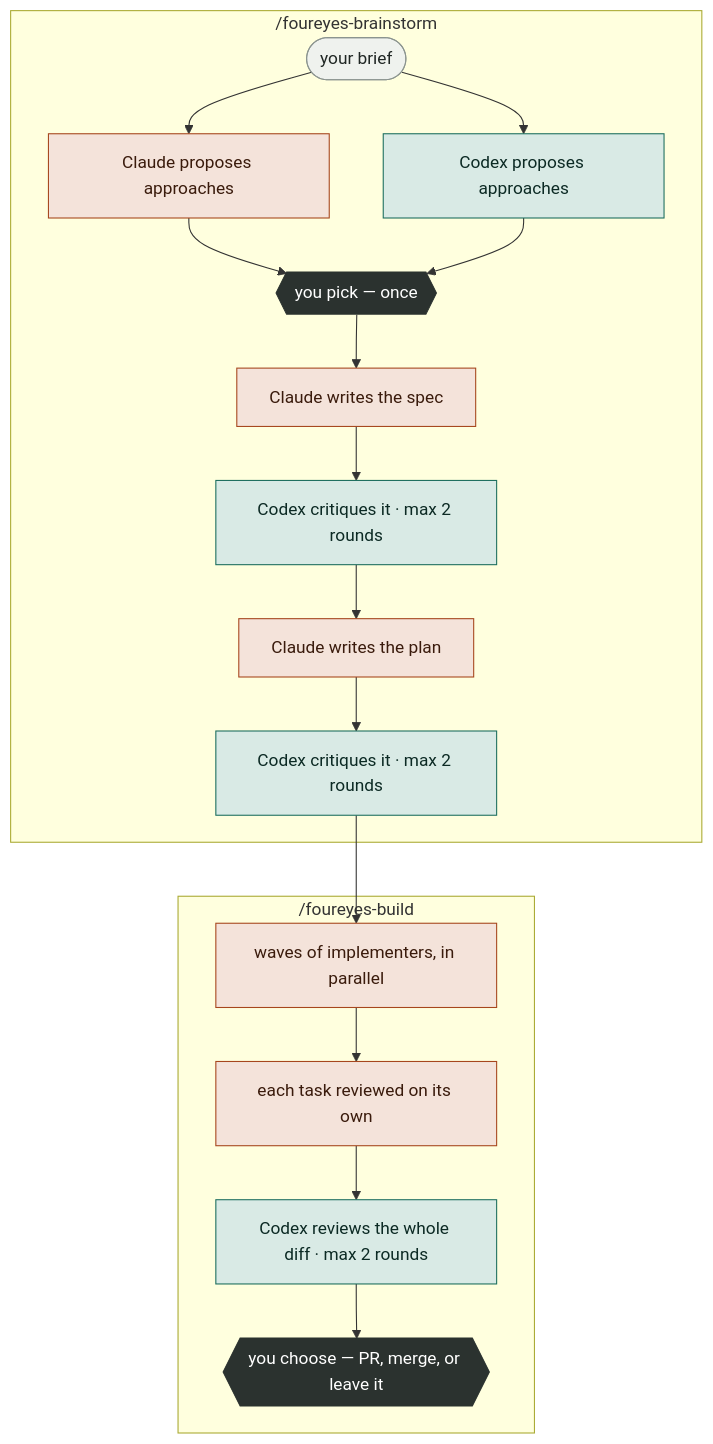
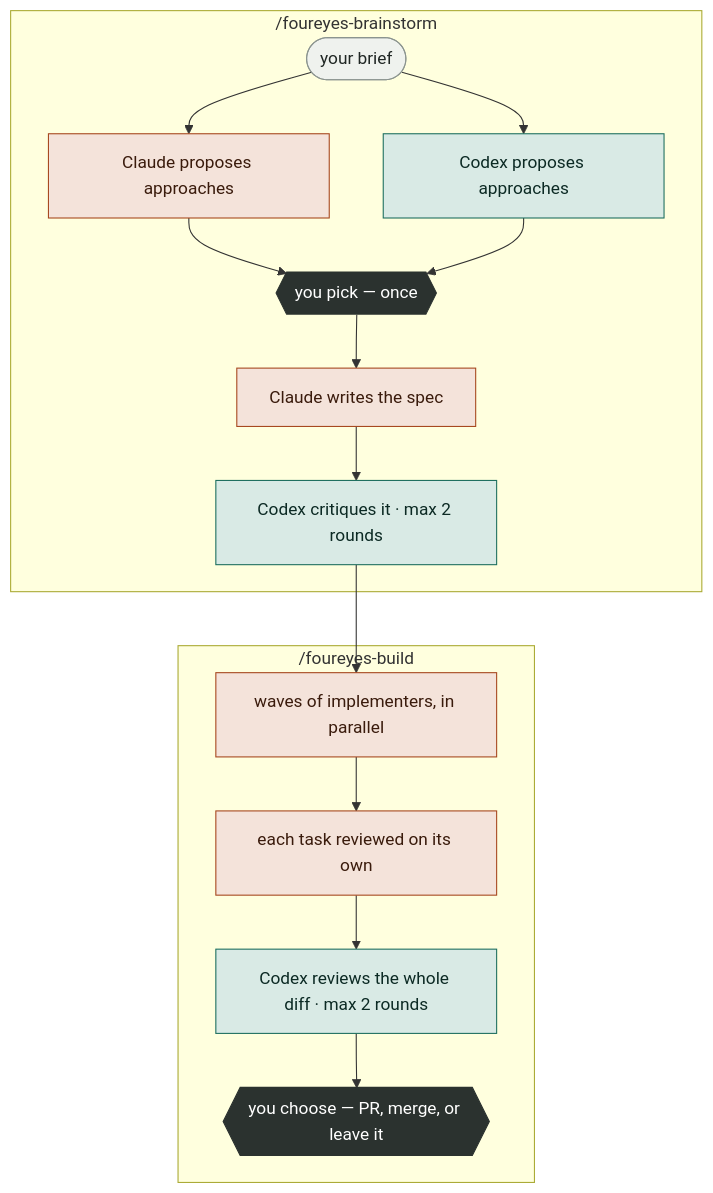
One commit to Sultan1993/foureyes changed the diagram in README.md. Above: the diagram before and after it, drawn with Mermaid. The commit also changed other lines of this file and 1 other file, not shown here.

````diff
--- a/README.md
+++ b/README.md
@@ -52,28 +52,26 @@
 ```mermaid
 flowchart TD
   subgraph BS ["/foureyes-brainstorm"]
     A([your brief]) --> B["Claude proposes approaches"]
     A --> C["Codex proposes approaches"]
     B --> D{{"you pick — once"}}
     C --> D
     D --> E["Claude writes the spec"]
     E --> F["Codex critiques it · max 2 rounds"]
-    F --> G["Claude writes the plan"]
-    G --> H["Codex critiques it · max 2 rounds"]
   end
   subgraph BD ["/foureyes-build"]
-    H --> I["waves of implementers, in parallel"]
+    F --> I["waves of implementers, in parallel"]
     I --> J["each task reviewed on its own"]
     J --> K["Codex reviews the whole diff · max 2 rounds"]
     K --> L{{"you choose — PR, merge, or leave it"}}
   end
 
   classDef claude fill:#F4E3DA,stroke:#A6461D,color:#3A1B0C
   classDef codex fill:#D9EAE5,stroke:#1C6E5E,color:#0C2A24
   classDef human fill:#2B322F,stroke:#2B322F,color:#FFFFFF
   classDef plain fill:#EFF2EE,stroke:#8B948F,color:#202724
-  class B,E,G,I,J claude
-  class C,F,H,K codex
+  class B,E,I,J claude
+  class C,F,K codex
   class D,L human
   class A plain
 ```
````
